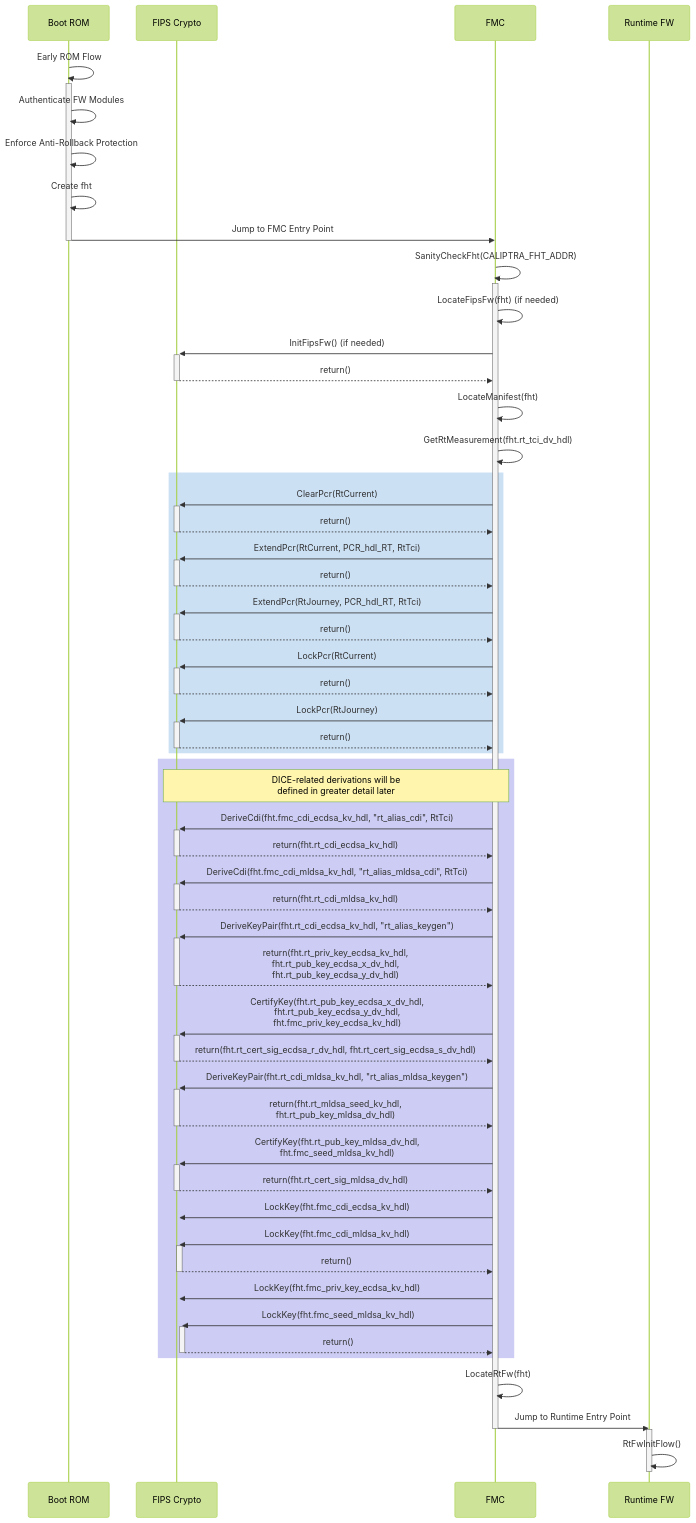
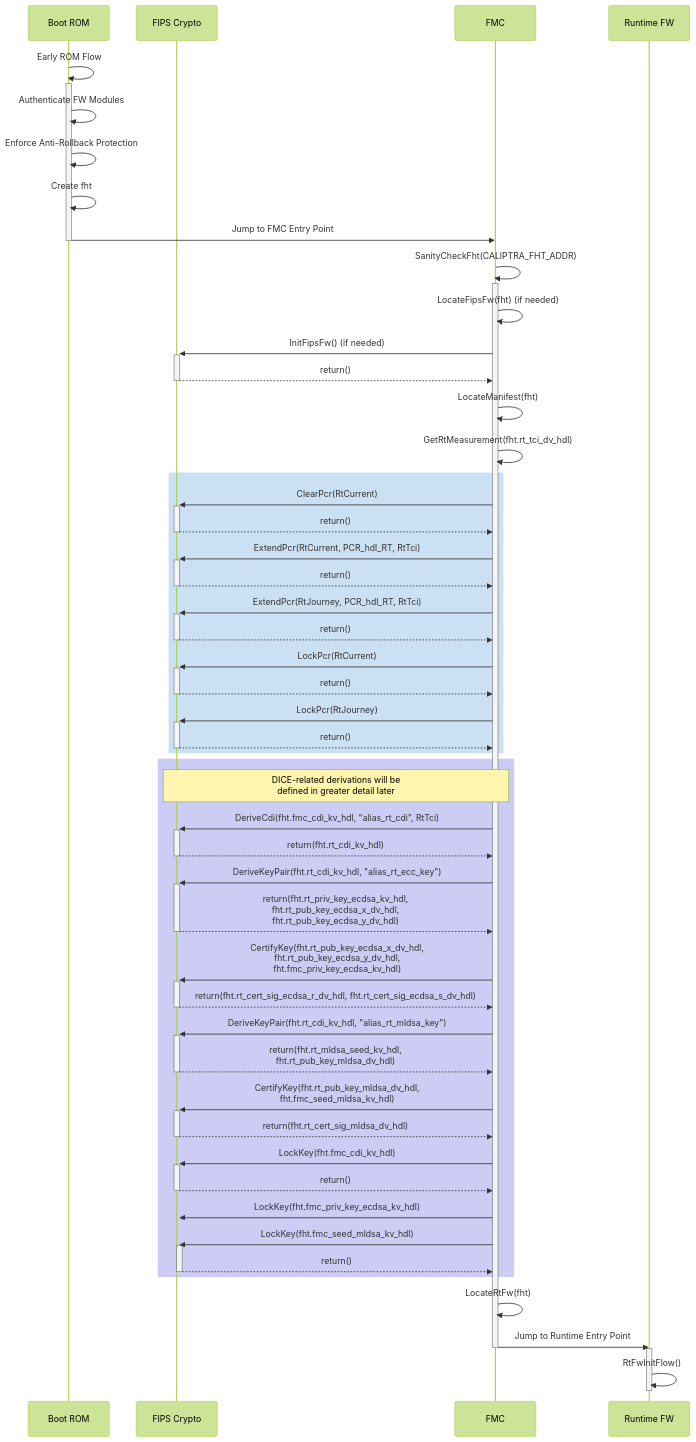
One commit to chipsalliance/caliptra-sw changed the diagram in fmc/README.md. Above: the diagram before and after it, drawn with Mermaid (forest theme). The commit also changed other lines of this file, not shown here.

Commit message:
Updating DICE derviation with single CDI usage

````diff
--- a/fmc/README.md
+++ b/fmc/README.md
@@ -420,66 +421,63 @@
 ```mermaid
 sequenceDiagram
     participant ROM as Boot ROM
     participant FIPS as FIPS Crypto
     participant FMC as FMC
     participant RT as Runtime FW
 
     ROM->>+ROM: Early ROM Flow
     ROM->>ROM: Authenticate FW Modules
     ROM->>ROM: Enforce Anti-Rollback Protection
     ROM->>ROM: Create fht
     ROM->>-FMC: Jump to FMC Entry Point
 
     FMC->>+FMC: SanityCheckFht(CALIPTRA_FHT_ADDR)
     FMC->>FMC: LocateFipsFw(fht) (if needed)
     FMC->>+FIPS: InitFipsFw() (if needed)
     FIPS-->>-FMC: return()
     FMC->>FMC: LocateManifest(fht)
     FMC->>FMC: GetRtMeasurement(fht.rt_tci_dv_hdl)
 
     rect rgba(0, 100, 200, .2)
 
     FMC->>+FIPS: ClearPcr(RtCurrent)
     FIPS-->>-FMC: return()
     FMC->>+FIPS: ExtendPcr(RtCurrent, PCR_hdl_RT, RtTci)
     FIPS-->>-FMC: return()
     FMC->>+FIPS: ExtendPcr(RtJourney, PCR_hdl_RT, RtTci)
     FIPS-->>-FMC: return()
     FMC->>+FIPS: LockPcr(RtCurrent)
     FIPS-->>-FMC: return()
     FMC->>+FIPS: LockPcr(RtJourney)
     FIPS-->>-FMC: return()
 
     end %% rect
 
     rect rgba(0, 0, 200, .2)
     note over FIPS, FMC: DICE-related derivations will be<br> defined in greater detail later
 
-    FMC->>+FIPS: DeriveCdi(fht.fmc_cdi_ecdsa_kv_hdl, "rt_alias_cdi", RtTci)
-    FIPS-->>-FMC: return(fht.rt_cdi_ecdsa_kv_hdl)
-    FMC->>+FIPS: DeriveCdi(fht.fmc_cdi_mldsa_kv_hdl, "rt_alias_mldsa_cdi", RtTci)
-    FIPS-->>-FMC: return(fht.rt_cdi_mldsa_kv_hdl)
-    FMC->>+FIPS: DeriveKeyPair(fht.rt_cdi_ecdsa_kv_hdl, "rt_alias_keygen")
+    FMC->>+FIPS: DeriveCdi(fht.fmc_cdi_kv_hdl, "alias_rt_cdi", RtTci)
+    FIPS-->>-FMC: return(fht.rt_cdi_kv_hdl)
+    FMC->>+FIPS: DeriveKeyPair(fht.rt_cdi_kv_hdl, "alias_rt_ecc_key")
     FIPS-->>-FMC: return(fht.rt_priv_key_ecdsa_kv_hdl,<br> fht.rt_pub_key_ecdsa_x_dv_hdl,<br> fht.rt_pub_key_ecdsa_y_dv_hdl)
     FMC->>+FIPS: CertifyKey(fht.rt_pub_key_ecdsa_x_dv_hdl,<br> fht.rt_pub_key_ecdsa_y_dv_hdl,<br> fht.fmc_priv_key_ecdsa_kv_hdl)
     FIPS-->>-FMC: return(fht.rt_cert_sig_ecdsa_r_dv_hdl, fht.rt_cert_sig_ecdsa_s_dv_hdl)
-    FMC->>+FIPS: DeriveKeyPair(fht.rt_cdi_mldsa_kv_hdl, "rt_alias_mldsa_keygen")
+    FMC->>+FIPS: DeriveKeyPair(fht.rt_cdi_kv_hdl, "alias_rt_mldsa_key")
     FIPS-->>-FMC: return(fht.rt_mldsa_seed_kv_hdl,<br> fht.rt_pub_key_mldsa_dv_hdl)
     FMC->>+FIPS: CertifyKey(fht.rt_pub_key_mldsa_dv_hdl,<br> fht.fmc_seed_mldsa_kv_hdl)
     FIPS-->>-FMC: return(fht.rt_cert_sig_mldsa_dv_hdl)
-    FMC->>+FIPS: LockKey(fht.fmc_cdi_ecdsa_kv_hdl)
-    FMC->>+FIPS: LockKey(fht.fmc_cdi_mldsa_kv_hdl)
+    FMC->>+FIPS: LockKey(fht.fmc_cdi_kv_hdl)
     FIPS-->>-FMC: return()
     FMC->>+FIPS: LockKey(fht.fmc_priv_key_ecdsa_kv_hdl)
     FMC->>+FIPS: LockKey(fht.fmc_seed_mldsa_kv_hdl)
     FIPS-->>-FMC: return()
 
     end %% rect
 
     FMC->>FMC: LocateRtFw(fht)
     FMC->>-RT: Jump to Runtime Entry Point
 
     activate RT
     RT->>RT: RtFwInitFlow()
     deactivate RT
 ```
````
